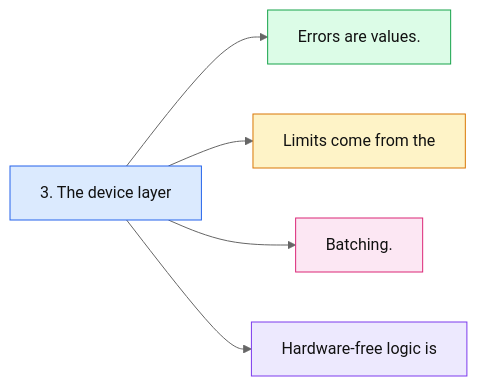
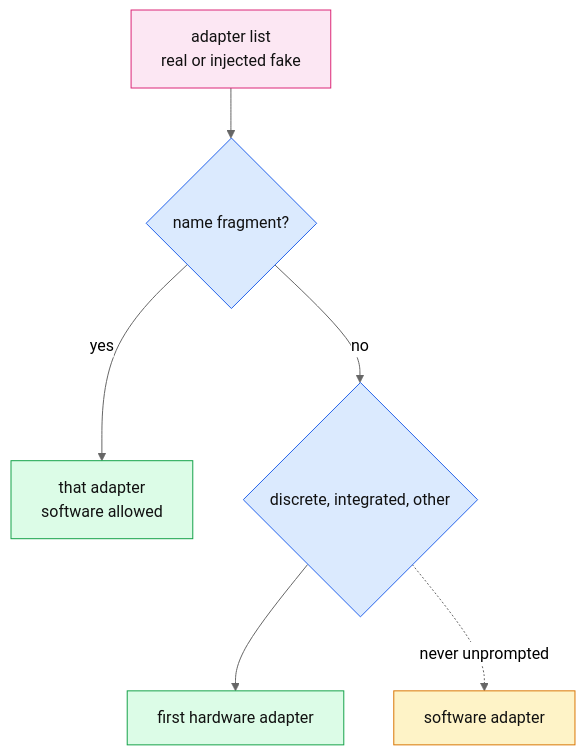
Before and after one commit to thomascherickal/ferrum-gpu: the fifth of 17 diagrams in docs/architecture.md, drawn with Mermaid (neutral theme). The commit also changed other lines of this file and 4 other files, not shown here.

First line of the commit message:
docs: hand-drawn data-flow diagrams for the readme, architecture and GUI pages

````diff
--- a/docs/architecture.md
+++ b/docs/architecture.md
@@ -83,13 +128,13 @@
 ```mermaid
-flowchart LR
-    a["3. The device layer"]:::root
-    a --> n0["Errors are values."]:::c0
-    a --> n1["Limits come from the"]:::c1
-    a --> n2["Batching."]:::c2
-    a --> n3["Hardware-free logic is"]:::c3
-    classDef root fill:#dbeafe,stroke:#2563eb,color:#111
-    classDef c0 fill:#dcfce7,stroke:#16a34a,color:#111
-    classDef c1 fill:#fef3c7,stroke:#d97706,color:#111
-    classDef c2 fill:#fce7f3,stroke:#db2777,color:#111
-    classDef c3 fill:#ede9fe,stroke:#7c3aed,color:#111
+flowchart TD
+    adapters["adapter list<br/>real or injected fake"]:::io --> pick{"name fragment?"}:::core
+    pick -- yes --> frag["that adapter<br/>software allowed"]:::gpu
+    pick -- no --> kind{"discrete, integrated, other"}:::core
+    kind --> hw["first hardware adapter"]:::gpu
+    kind -. "never unprompted" .-> sw["software adapter"]:::cpu
+    classDef core fill:#dbeafe,stroke:#2563eb,color:#111
+    classDef gpu fill:#dcfce7,stroke:#16a34a,color:#111
+    classDef cpu fill:#fef3c7,stroke:#d97706,color:#111
+    classDef io fill:#fce7f3,stroke:#db2777,color:#111
+    classDef host fill:#ede9fe,stroke:#7c3aed,color:#111
 ```
````
